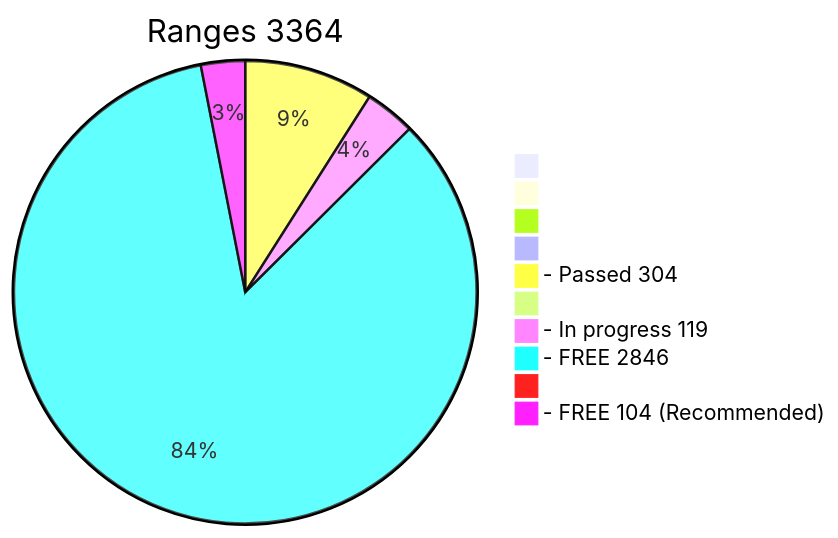
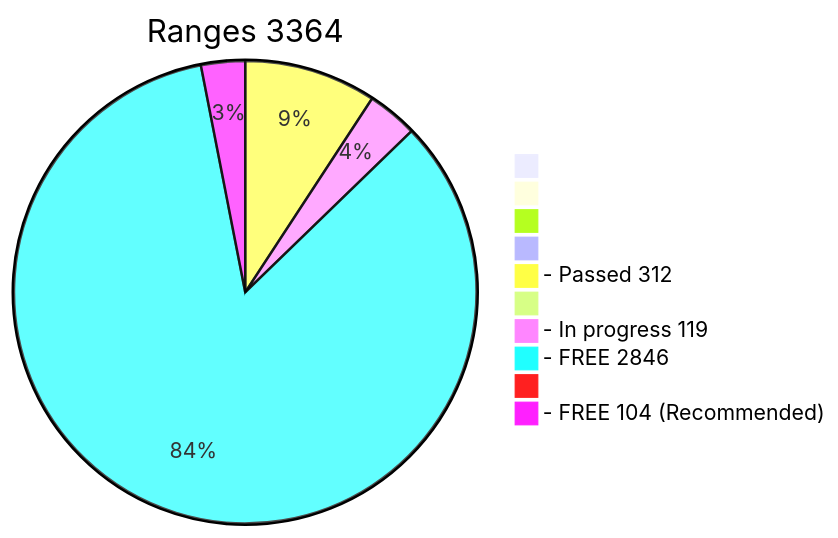
Before and after one commit to phrutis/wif500: the diagram in x64/Release/table.md, drawn with Mermaid. The commit also changed other lines of this file, not shown here.

````diff
--- a/x64/Release/table.md
+++ b/x64/Release/table.md
@@ -2,13 +2,13 @@
 ```mermaid
 pie title Ranges 3364
   " " : 0
   "  " : 0
   "   " : 0
   "    " : 0
-  "- Passed 304" : 304
+  "- Passed 312" : 312
   "     " : 0
   "- In progress 119" : 119
   "- FREE 2846" : 2846
   "      " : 0
   "- FREE 104 (Recommended)" : 104
 ```
````
